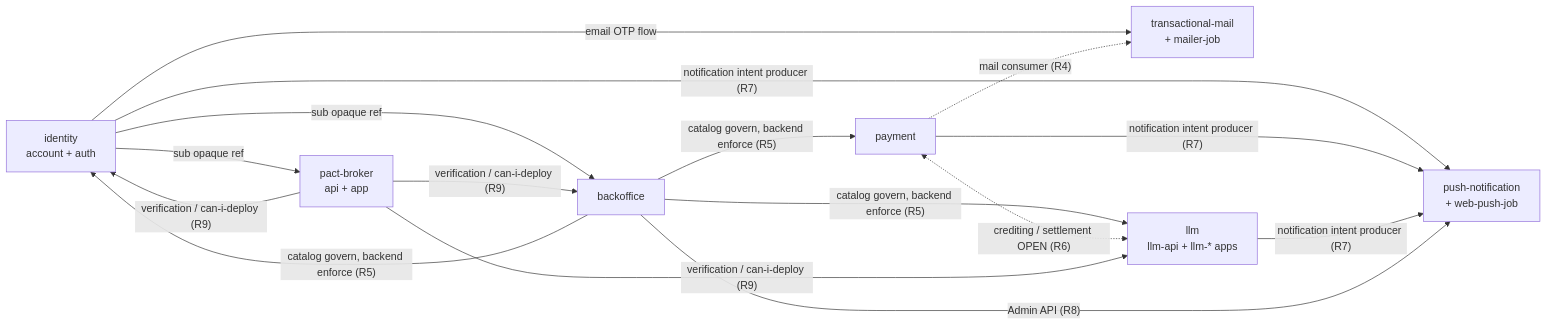
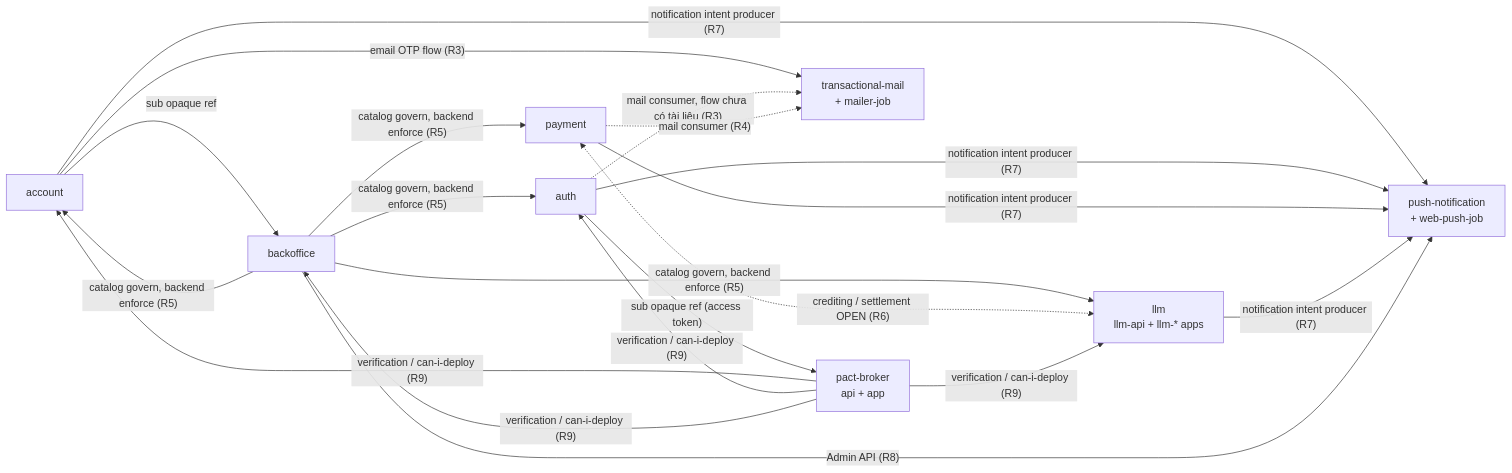
Before and after one commit to ecoma-io/ecoma-io: the diagram in docs/overview/07-domains.md, drawn with Mermaid. The commit also changed other lines of this file and 46 other files, not shown here.

First line of the commit message:
docs: split Identity bounded context into Account and Auth (#326)

````diff
--- a/docs/overview/07-domains.md
+++ b/docs/overview/07-domains.md
@@ -168,26 +170,31 @@
 ```mermaid
 flowchart LR
-  identity[identity<br/>account + auth]
+  account[account]
+  auth[auth]
   backoffice[backoffice]
   pact[pact-broker<br/>api + app]
   mail[transactional-mail<br/>+ mailer-job]
   push[push-notification<br/>+ web-push-job]
   llm[llm<br/>llm-api + llm-* apps]
   payment[payment]
 
-  identity -- "sub opaque ref" --> backoffice
-  identity -- "sub opaque ref" --> pact
-  identity -- "email OTP flow" --> mail
+  account -- "sub opaque ref" --> backoffice
+  auth -- "sub opaque ref (access token)" --> pact
+  account -- "email OTP flow (R3)" --> mail
+  auth -. "mail consumer, flow chưa có tài liệu (R3)" .-> mail
   payment -. "mail consumer (R4)" .-> mail
-  backoffice -- "catalog govern, backend enforce (R5)" --> identity
+  backoffice -- "catalog govern, backend enforce (R5)" --> account
+  backoffice -- "catalog govern, backend enforce (R5)" --> auth
   backoffice -- "catalog govern, backend enforce (R5)" --> llm
   backoffice -- "catalog govern, backend enforce (R5)" --> payment
   payment <-. "crediting / settlement OPEN (R6)" .-> llm
-  identity -- "notification intent producer (R7)" --> push
+  account -- "notification intent producer (R7)" --> push
+  auth -- "notification intent producer (R7)" --> push
   payment -- "notification intent producer (R7)" --> push
   llm -- "notification intent producer (R7)" --> push
   backoffice -- "Admin API (R8)" --> push
-  pact -- "verification / can-i-deploy (R9)" --> identity
+  pact -- "verification / can-i-deploy (R9)" --> account
+  pact -- "verification / can-i-deploy (R9)" --> auth
   pact -- "verification / can-i-deploy (R9)" --> backoffice
   pact -- "verification / can-i-deploy (R9)" --> llm
 ```
````
